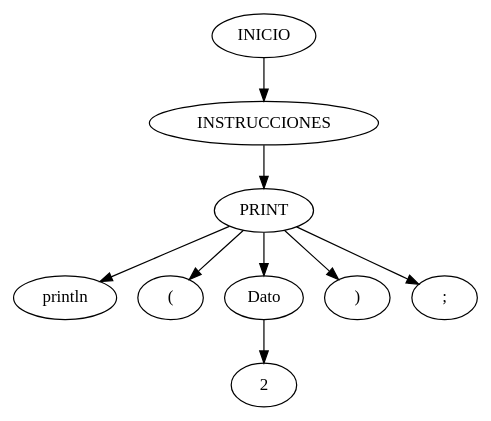
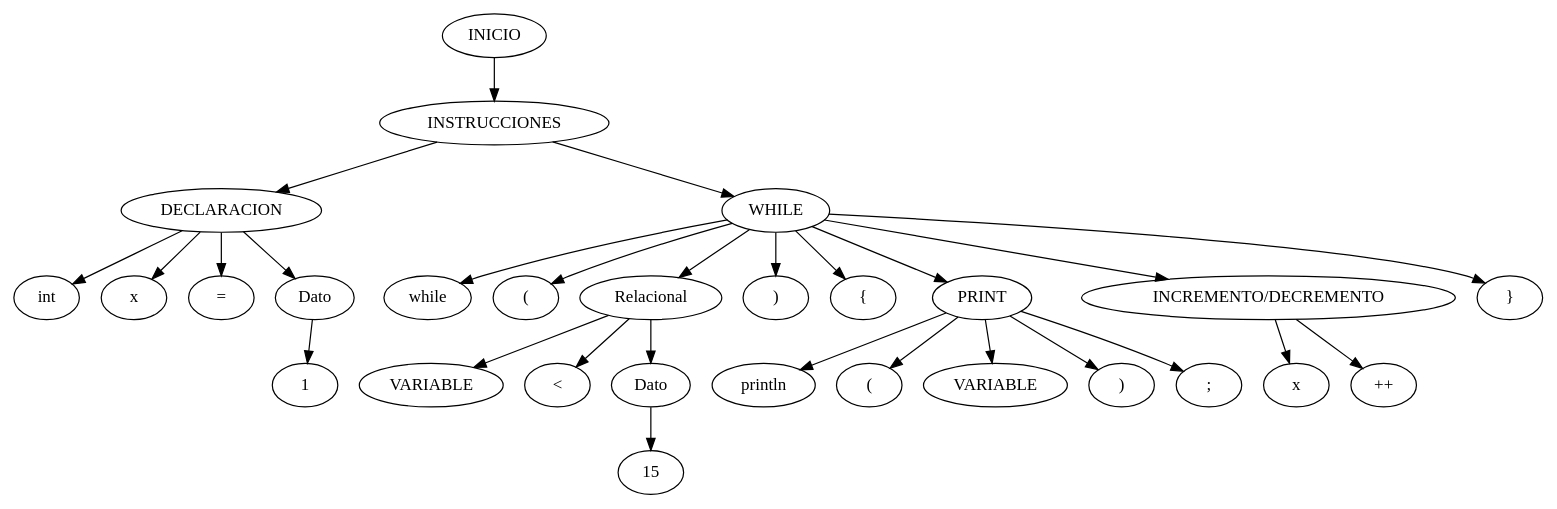
One commit to Ssolares0/OLC1_Proyecto2_202004822 changed the diagram in server/arbolAST.dot. Above: the diagram before and after it, drawn with Graphviz. The commit also changed 9 other files, not shown here.

Commit message:
terminando while y modificando entorno de variable

```diff
--- a/server/arbolAST.dot
+++ b/server/arbolAST.dot
@@ -1,20 +1,58 @@
 digraph arbolAST{ 
       n0[label="INICIO"];
       n1[label="INSTRUCCIONES"];
       n0 -> n1;
-n2[label="PRINT"];
+n2[label="DECLARACION"];
       n1 -> n2;
-n3[label="println"];
+n3[label="int"];
       n2 -> n3;
-n4[label="("];
+n4[label="x"];
       n2 -> n4;
-n5[label="Dato"];
+n5[label="="];
       n2 -> n5;
-n6[label="2"];
-      n5 -> n6;
-n7[label=")"];
-      n2 -> n7;
-n8[label=";"];
-      n2 -> n8;
+n6[label="Dato"];
+      n2 -> n6;
+n7[label="1"];
+      n6 -> n7;
+n8[label="WHILE"];
+      n1 -> n8;
+n9[label="while"];
+      n8 -> n9;
+n10[label="("];
+      n8 -> n10;
+n11[label="Relacional"];
+      n8 -> n11;
+n12[label="VARIABLE"];
+      n11 -> n12;
+n13[label="<"];
+      n11 -> n13;
+n14[label="Dato"];
+      n11 -> n14;
+n15[label="15"];
+      n14 -> n15;
+n16[label=")"];
+      n8 -> n16;
+n17[label="{"];
+      n8 -> n17;
+n18[label="PRINT"];
+      n8 -> n18;
+n19[label="println"];
+      n18 -> n19;
+n20[label="("];
+      n18 -> n20;
+n21[label="VARIABLE"];
+      n18 -> n21;
+n22[label=")"];
+      n18 -> n22;
+n23[label=";"];
+      n18 -> n23;
+n24[label="INCREMENTO/DECREMENTO"];
+      n8 -> n24;
+n25[label="x"];
+      n24 -> n25;
+n26[label="++"];
+      n24 -> n26;
+n27[label="}"];
+      n8 -> n27;
 
     }
```
